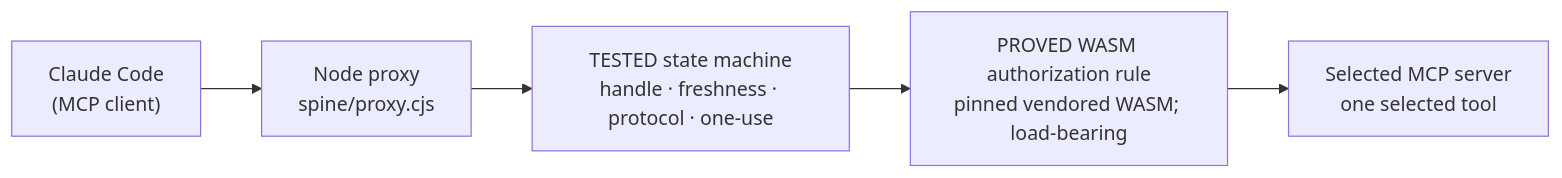
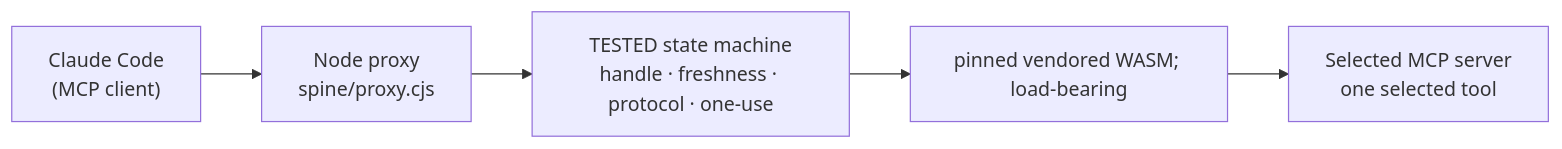
One commit to velvetmonkey/seal changed the first of 2 diagrams in docs/ARCHITECTURE.md. Above: the diagram before and after it, drawn with Mermaid. The commit also changed other lines of this file and 12 other files, not shown here.

````diff
--- a/docs/ARCHITECTURE.md
+++ b/docs/ARCHITECTURE.md
@@ -9,13 +9,13 @@
 ```mermaid
 flowchart LR
     claude["Claude Code\n(MCP client)"]
     proxy["Node proxy\nspine/proxy.cjs"]
     state["TESTED state machine\nhandle · freshness · protocol · one-use"]
-    wasm["PROVED WASM authorization rule\npinned vendored WASM; load-bearing"]
+    wasm["pinned vendored WASM; load-bearing"]
     server["Selected MCP server\none selected tool"]
 
     claude --> proxy
     proxy --> state
     state --> wasm
     wasm --> server
 ```
````
